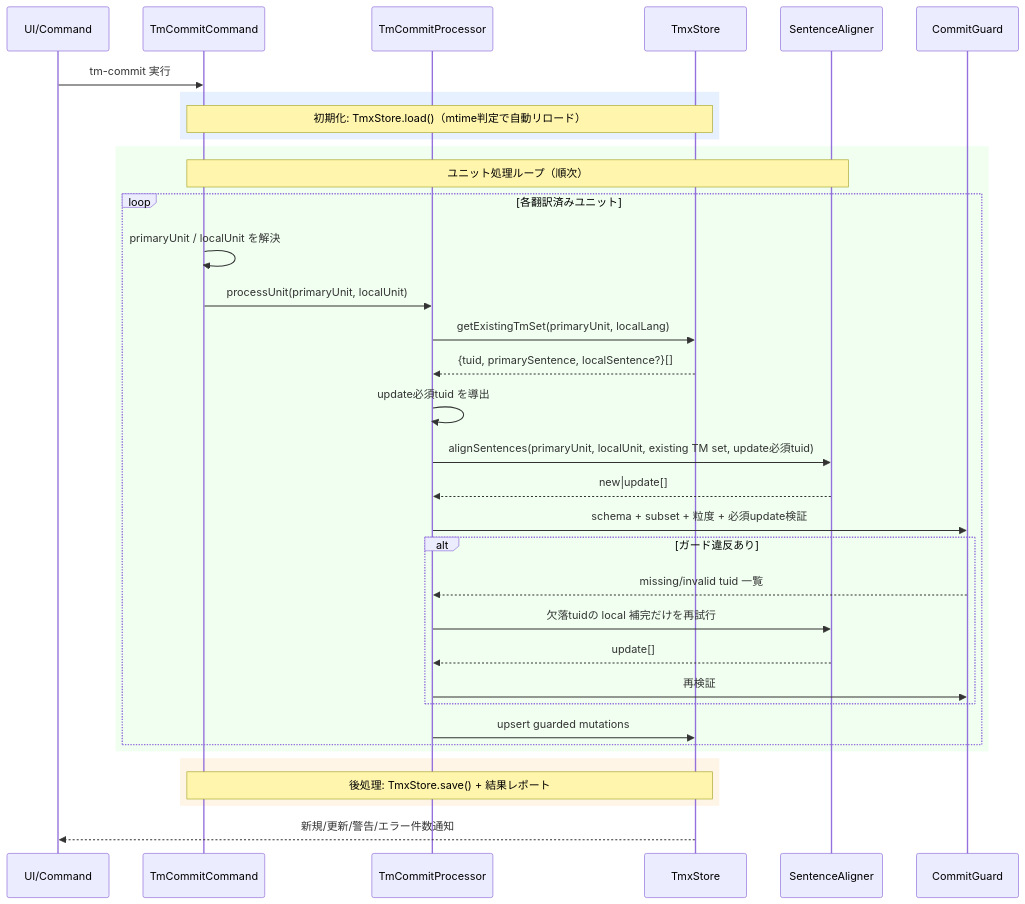
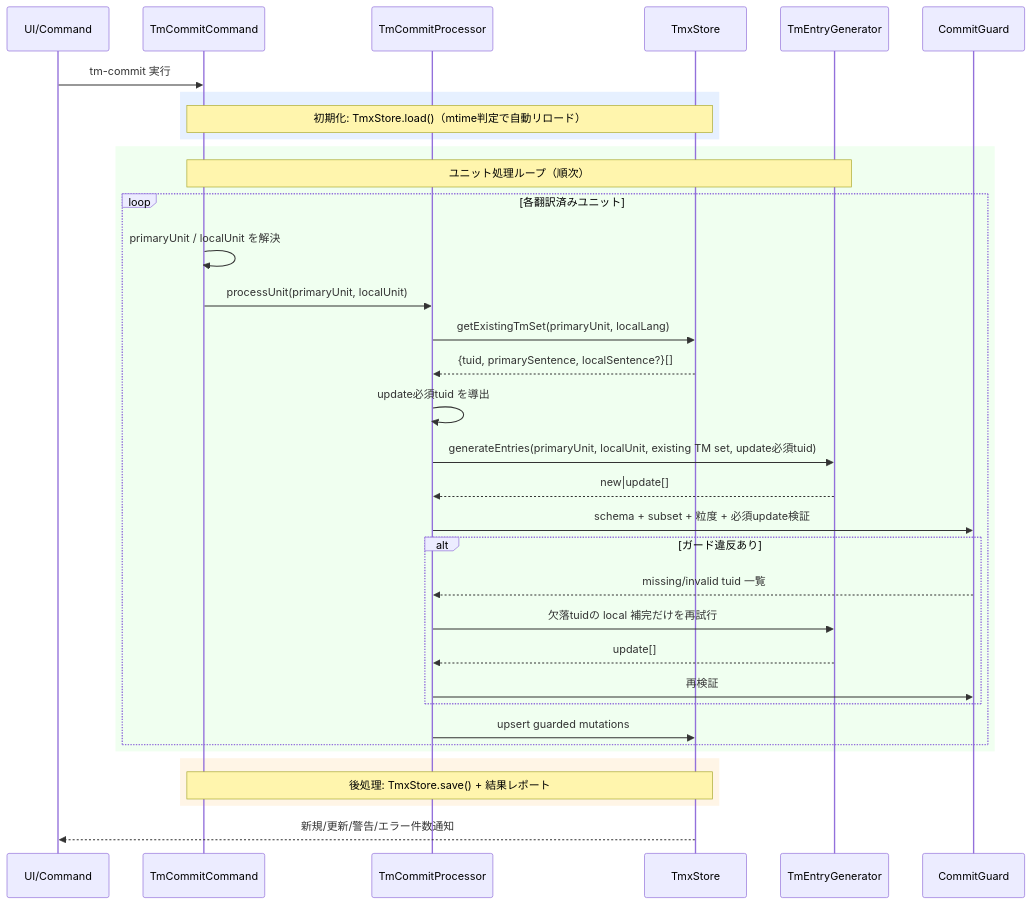
One commit to mochimochiki/mdait changed the diagram in docs/design/command_tm.md. Above: the diagram before and after it, drawn with Mermaid. The commit also changed other lines of this file and 9 other files, not shown here.

Commit message:
feat: sentence-aligner -> TmEntryGenerator

````diff
--- a/docs/design/command_tm.md
+++ b/docs/design/command_tm.md
@@ -69,42 +69,42 @@
 ```mermaid
 sequenceDiagram
     participant User as UI/Command
     participant Cmd as TmCommitCommand
     participant Proc as TmCommitProcessor
     participant Store as TmxStore
-    participant AI as SentenceAligner
+    participant AI as TmEntryGenerator
     participant Guard as CommitGuard
 
     User->>Cmd: tm-commit 実行
 
     rect rgb(230, 240, 255)
         Note over Cmd,Store: 初期化: TmxStore.load()（mtime判定で自動リロード）
     end
 
     rect rgb(240, 255, 240)
         Note over Cmd,AI: ユニット処理ループ（順次）
         loop 各翻訳済みユニット
             Cmd->>Cmd: primaryUnit / localUnit を解決
             Cmd->>Proc: processUnit(primaryUnit, localUnit)
             Proc->>Store: getExistingTmSet(primaryUnit, localLang)
             Store-->>Proc: {tuid, primarySentence, localSentence?}[]
             Proc->>Proc: update必須tuid を導出
-            Proc->>AI: alignSentences(primaryUnit, localUnit, existing TM set, update必須tuid)
+            Proc->>AI: generateEntries(primaryUnit, localUnit, existing TM set, update必須tuid)
             AI-->>Proc: new|update[]
             Proc->>Guard: schema + subset + 粒度 + 必須update検証
             alt ガード違反あり
                 Guard-->>Proc: missing/invalid tuid 一覧
                 Proc->>AI: 欠落tuidの local 補完だけを再試行
                 AI-->>Proc: update[]
                 Proc->>Guard: 再検証
             end
             Proc->>Store: upsert guarded mutations
         end
     end
 
     rect rgb(255, 245, 230)
         Note over Cmd,Store: 後処理: TmxStore.save() + 結果レポート
     end
 
     Store-->>User: 新規/更新/警告/エラー件数通知
 ```
````
